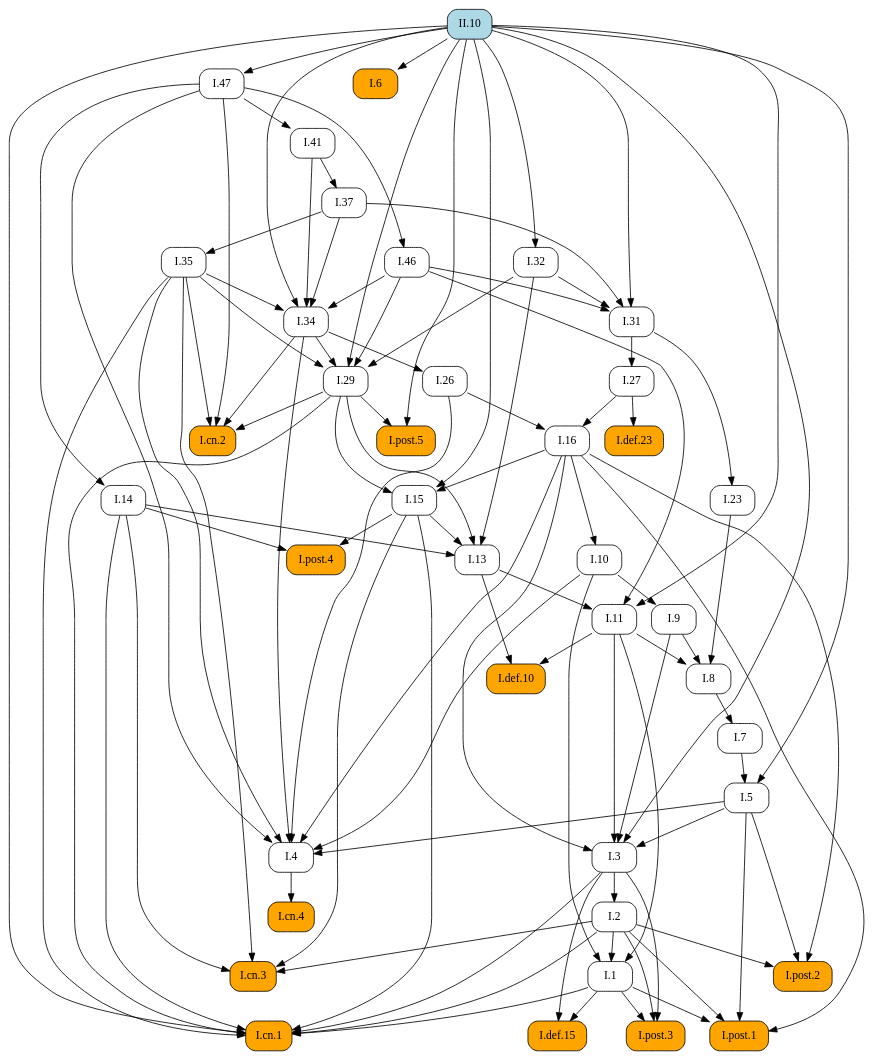
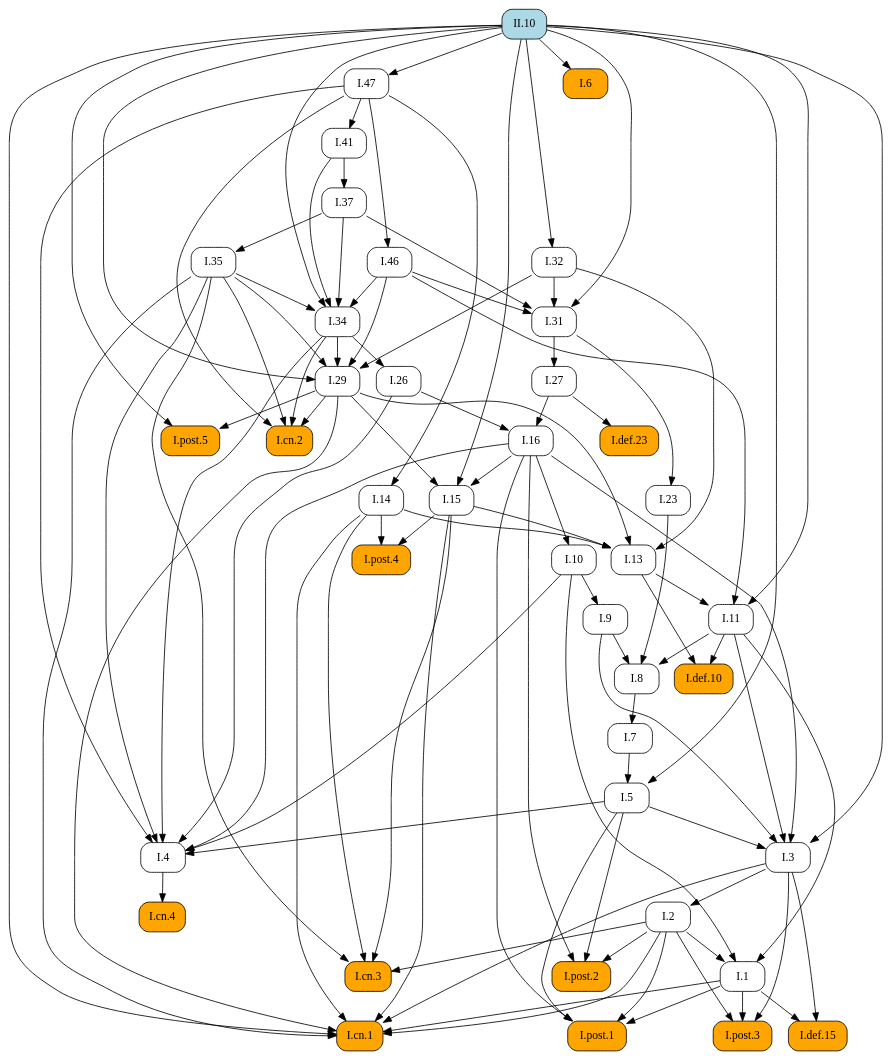
Before and after one commit to geometor/elements: the diagram in docsrc/elements2/II/10/index.rst, drawn with Graphviz. The commit also changed other lines of this file and 171 other files, not shown here.

```diff
--- a/docsrc/elements2/II/10/index.rst
+++ b/docsrc/elements2/II/10/index.rst
@@ -123,119 +123,97 @@
    digraph {
      rankdir="TB";
      node [shape=box, style=rounded];
-     "I.37" [URL="/elements2/I/37/", target="_top"];
-     "I.def.10" [style="rounded,filled", fillcolor=orange, URL="/elements2/I/def.10/", target="_top"];
+     "I.8" [URL="/elements2/I/8/", target="_top"];
      "I.32" [URL="/elements2/I/32/", target="_top"];
      "I.46" [URL="/elements2/I/46/", target="_top"];
      "I.47" [URL="/elements2/I/47/", target="_top"];
+     "I.14" [URL="/elements2/I/14/", target="_top"];
+     "I.post.1" [style="rounded,filled", fillcolor=orange, URL="/elements2/I/post.1/", target="_top"];
+     "I.5" [URL="/elements2/I/5/", target="_top"];
+     "I.post.5" [style="rounded,filled", fillcolor=orange, URL="/elements2/I/post.5/", target="_top"];
+     "I.def.10" [style="rounded,filled", fillcolor=orange, URL="/elements2/I/def.10/", target="_top"];
+     "I.cn.2" [style="rounded,filled", fillcolor=orange, URL="/elements2/I/cn.2/", target="_top"];
+     "I.def.15" [style="rounded,filled", fillcolor=orange, URL="/elements2/I/def.15/", target="_top"];
+     "I.31" [URL="/elements2/I/31/", target="_top"];
+     "I.11" [URL="/elements2/I/11/", target="_top"];
+     "I.3" [URL="/elements2/I/3/", target="_top"];
+     "I.post.2" [style="rounded,filled", fillcolor=orange, URL="/elements2/I/post.2/", target="_top"];
+     "I.def.23" [style="rounded,filled", fillcolor=orange, URL="/elements2/I/def.23/", target="_top"];
+     "I.6" [style="rounded,filled", fillcolor=orange, URL="/elements2/I/6/", target="_top"];
+     "I.26" [URL="/elements2/I/26/", target="_top"];
+     "I.1" [URL="/elements2/I/1/", target="_top"];
+     "I.cn.3" [style="rounded,filled", fillcolor=orange, URL="/elements2/I/cn.3/", target="_top"];
+     "I.cn.4" [style="rounded,filled", fillcolor=orange, URL="/elements2/I/cn.4/", target="_top"];
+     "I.7" [URL="/elements2/I/7/", target="_top"];
+     "I.9" [URL="/elements2/I/9/", target="_top"];
+     "I.cn.1" [style="rounded,filled", fillcolor=orange, URL="/elements2/I/cn.1/", target="_top"];
+     "I.29" [URL="/elements2/I/29/", target="_top"];
+     "I.post.4" [style="rounded,filled", fillcolor=orange, URL="/elements2/I/post.4/", target="_top"];
+     "I.16" [URL="/elements2/I/16/", target="_top"];
+     "I.13" [URL="/elements2/I/13/", target="_top"];
+     "II.10" [style="rounded,filled", fillcolor=lightblue, URL="/elements2/II/10/", target="_top"];
+     "I.41" [URL="/elements2/I/41/", target="_top"];
+     "I.35" [URL="/elements2/I/35/", target="_top"];
+     "I.2" [URL="/elements2/I/2/", target="_top"];
+     "I.27" [URL="/elements2/I/27/", target="_top"];
+     "I.37" [URL="/elements2/I/37/", target="_top"];
+     "I.4" [URL="/elements2/I/4/", target="_top"];
+     "I.10" [URL="/elements2/I/10/", target="_top"];
+     "I.15" [URL="/elements2/I/15/", target="_top"];
      "I.34" [URL="/elements2/I/34/", target="_top"];
-     "I.def.15" [style="rounded,filled", fillcolor=orange, URL="/elements2/I/def.15/", target="_top"];
-     "I.cn.4" [style="rounded,filled", fillcolor=orange, URL="/elements2/I/cn.4/", target="_top"];
+     "I.23" [URL="/elements2/I/23/", target="_top"];
      "I.post.3" [style="rounded,filled", fillcolor=orange, URL="/elements2/I/post.3/", target="_top"];
-     "I.41" [URL="/elements2/I/41/", target="_top"];
-     "I.27" [URL="/elements2/I/27/", target="_top"];
-     "I.post.2" [style="rounded,filled", fillcolor=orange, URL="/elements2/I/post.2/", target="_top"];
-     "I.13" [URL="/elements2/I/13/", target="_top"];
-     "I.10" [URL="/elements2/I/10/", target="_top"];
-     "I.post.1" [style="rounded,filled", fillcolor=orange, URL="/elements2/I/post.1/", target="_top"];
-     "I.7" [URL="/elements2/I/7/", target="_top"];
-     "I.6" [style="rounded,filled", fillcolor=orange, URL="/elements2/I/6/", target="_top"];
-     "I.14" [URL="/elements2/I/14/", target="_top"];
-     "I.11" [URL="/elements2/I/11/", target="_top"];
-     "I.4" [URL="/elements2/I/4/", target="_top"];
-     "I.16" [URL="/elements2/I/16/", target="_top"];
-     "I.def.23" [style="rounded,filled", fillcolor=orange, URL="/elements2/I/def.23/", target="_top"];
-     "I.9" [URL="/elements2/I/9/", target="_top"];
-     "I.8" [URL="/elements2/I/8/", target="_top"];
-     "I.cn.2" [style="rounded,filled", fillcolor=orange, URL="/elements2/I/cn.2/", target="_top"];
-     "I.15" [URL="/elements2/I/15/", target="_top"];
-     "I.post.5" [style="rounded,filled", fillcolor=orange, URL="/elements2/I/post.5/", target="_top"];
-     "I.2" [URL="/elements2/I/2/", target="_top"];
-     "I.23" [URL="/elements2/I/23/", target="_top"];
-     "I.26" [URL="/elements2/I/26/", target="_top"];
-     "II.10" [style="rounded,filled", fillcolor=lightblue, URL="/elements2/II/10/", target="_top"];
-     "I.1" [URL="/elements2/I/1/", target="_top"];
-     "I.35" [URL="/elements2/I/35/", target="_top"];
-     "I.31" [URL="/elements2/I/31/", target="_top"];
-     "I.post.4" [style="rounded,filled", fillcolor=orange, URL="/elements2/I/post.4/", target="_top"];
-     "I.cn.1" [style="rounded,filled", fillcolor=orange, URL="/elements2/I/cn.1/", target="_top"];
-     "I.3" [URL="/elements2/I/3/", target="_top"];
-     "I.cn.3" [style="rounded,filled", fillcolor=orange, URL="/elements2/I/cn.3/", target="_top"];
-     "I.29" [URL="/elements2/I/29/", target="_top"];
-     "I.5" [URL="/elements2/I/5/", target="_top"];
-     "I.41" -> "I.37";
-     "I.11" -> "I.def.10";
-     "I.13" -> "I.def.10";
+     "I.9" -> "I.8";
+     "I.11" -> "I.8";
+     "I.23" -> "I.8";
      "II.10" -> "I.32";
      "I.47" -> "I.46";
      "II.10" -> "I.47";
-     "I.35" -> "I.34";
-     "I.37" -> "I.34";
-     "I.41" -> "I.34";
-     "I.46" -> "I.34";
-     "II.10" -> "I.34";
-     "I.1" -> "I.def.15";
-     "I.3" -> "I.def.15";
-     "I.4" -> "I.cn.4";
-     "I.1" -> "I.post.3";
-     "I.2" -> "I.post.3";
-     "I.3" -> "I.post.3";
-     "I.47" -> "I.41";
-     "I.31" -> "I.27";
-     "I.2" -> "I.post.2";
-     "I.5" -> "I.post.2";
-     "I.16" -> "I.post.2";
-     "I.14" -> "I.13";
-     "I.15" -> "I.13";
-     "I.29" -> "I.13";
-     "I.32" -> "I.13";
-     "I.16" -> "I.10";
+     "I.47" -> "I.14";
      "I.1" -> "I.post.1";
      "I.2" -> "I.post.1";
      "I.5" -> "I.post.1";
      "I.16" -> "I.post.1";
-     "I.8" -> "I.7";
-     "II.10" -> "I.6";
-     "I.47" -> "I.14";
-     "I.13" -> "I.11";
-     "I.46" -> "I.11";
-     "II.10" -> "I.11";
-     "I.5" -> "I.4";
-     "I.10" -> "I.4";
-     "I.16" -> "I.4";
-     "I.26" -> "I.4";
-     "I.34" -> "I.4";
-     "I.35" -> "I.4";
-     "I.47" -> "I.4";
-     "I.26" -> "I.16";
-     "I.27" -> "I.16";
-     "I.27" -> "I.def.23";
-     "I.10" -> "I.9";
-     "I.9" -> "I.8";
-     "I.11" -> "I.8";
-     "I.23" -> "I.8";
+     "I.7" -> "I.5";
+     "II.10" -> "I.5";
+     "I.29" -> "I.post.5";
+     "II.10" -> "I.post.5";
+     "I.11" -> "I.def.10";
+     "I.13" -> "I.def.10";
      "I.29" -> "I.cn.2";
      "I.34" -> "I.cn.2";
      "I.35" -> "I.cn.2";
      "I.47" -> "I.cn.2";
-     "I.16" -> "I.15";
-     "I.29" -> "I.15";
-     "II.10" -> "I.15";
-     "I.29" -> "I.post.5";
-     "II.10" -> "I.post.5";
-     "I.3" -> "I.2";
-     "I.31" -> "I.23";
+     "I.1" -> "I.def.15";
+     "I.3" -> "I.def.15";
+     "I.32" -> "I.31";
+     "I.37" -> "I.31";
+     "I.46" -> "I.31";
+     "II.10" -> "I.31";
+     "I.13" -> "I.11";
+     "I.46" -> "I.11";
+     "II.10" -> "I.11";
+     "I.5" -> "I.3";
+     "I.9" -> "I.3";
+     "I.11" -> "I.3";
+     "I.16" -> "I.3";
+     "II.10" -> "I.3";
+     "I.2" -> "I.post.2";
+     "I.5" -> "I.post.2";
+     "I.16" -> "I.post.2";
+     "I.27" -> "I.def.23";
+     "II.10" -> "I.6";
      "I.34" -> "I.26";
      "I.2" -> "I.1";
      "I.10" -> "I.1";
      "I.11" -> "I.1";
-     "I.37" -> "I.35";
-     "I.32" -> "I.31";
-     "I.37" -> "I.31";
-     "I.46" -> "I.31";
-     "II.10" -> "I.31";
-     "I.14" -> "I.post.4";
-     "I.15" -> "I.post.4";
+     "I.2" -> "I.cn.3";
+     "I.14" -> "I.cn.3";
+     "I.15" -> "I.cn.3";
+     "I.35" -> "I.cn.3";
+     "I.4" -> "I.cn.4";
+     "I.8" -> "I.7";
+     "I.10" -> "I.9";
      "I.1" -> "I.cn.1";
      "I.2" -> "I.cn.1";
      "I.3" -> "I.cn.1";
@@ -244,20 +222,42 @@
      "I.29" -> "I.cn.1";
      "I.35" -> "I.cn.1";
      "II.10" -> "I.cn.1";
-     "I.5" -> "I.3";
-     "I.9" -> "I.3";
-     "I.11" -> "I.3";
-     "I.16" -> "I.3";
-     "II.10" -> "I.3";
-     "I.2" -> "I.cn.3";
-     "I.14" -> "I.cn.3";
-     "I.15" -> "I.cn.3";
-     "I.35" -> "I.cn.3";
      "I.32" -> "I.29";
      "I.34" -> "I.29";
      "I.35" -> "I.29";
      "I.46" -> "I.29";
      "II.10" -> "I.29";
-     "I.7" -> "I.5";
-     "II.10" -> "I.5";
+     "I.14" -> "I.post.4";
+     "I.15" -> "I.post.4";
+     "I.26" -> "I.16";
+     "I.27" -> "I.16";
+     "I.14" -> "I.13";
+     "I.15" -> "I.13";
+     "I.29" -> "I.13";
+     "I.32" -> "I.13";
+     "I.47" -> "I.41";
+     "I.37" -> "I.35";
+     "I.3" -> "I.2";
+     "I.31" -> "I.27";
+     "I.41" -> "I.37";
+     "I.5" -> "I.4";
+     "I.10" -> "I.4";
+     "I.16" -> "I.4";
+     "I.26" -> "I.4";
+     "I.34" -> "I.4";
+     "I.35" -> "I.4";
+     "I.47" -> "I.4";
+     "I.16" -> "I.10";
+     "I.16" -> "I.15";
+     "I.29" -> "I.15";
+     "II.10" -> "I.15";
+     "I.35" -> "I.34";
+     "I.37" -> "I.34";
+     "I.41" -> "I.34";
+     "I.46" -> "I.34";
+     "II.10" -> "I.34";
+     "I.31" -> "I.23";
+     "I.1" -> "I.post.3";
+     "I.2" -> "I.post.3";
+     "I.3" -> "I.post.3";
    }
```
